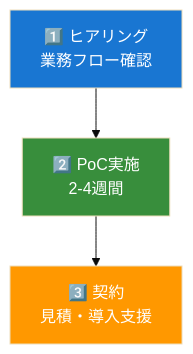
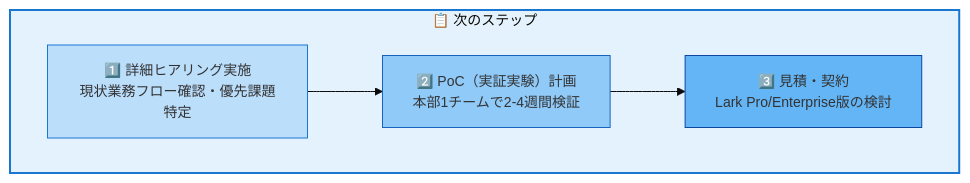
Before and after one commit to PLark-droid/lark-proposal: diagram 19 of 20 in docs/FITPLACE_LARK_PROPOSAL.md, drawn with Mermaid. The commit also changed other lines of this file, not shown here.

First line of the commit message:
docs: V1コンテンツベースにインフォグラフィック品質のMermaid図を適用

````diff
--- a/docs/FITPLACE_LARK_PROPOSAL.md
+++ b/docs/FITPLACE_LARK_PROPOSAL.md
@@ -502,13 +747,16 @@
 ```mermaid
-%%{init: {'theme': 'base', 'themeVariables': {'fontSize': '16px'}}}%%
+%%{init: {'theme': 'base', 'themeVariables': {'fontSize': '14px'}}}%%
 flowchart TB
-    A["1️⃣ ヒアリング<br/>業務フロー確認"]
-    B["2️⃣ PoC実施<br/>2-4週間"]
-    C["3️⃣ 契約<br/>見積・導入支援"]
+    subgraph actions["📋 次のステップ"]
+        A1["1️⃣ 詳細ヒアリング実施<br/>現状業務フロー確認・優先課題特定"]
+        A2["2️⃣ PoC（実証実験）計画<br/>本部1チームで2-4週間検証"]
+        A3["3️⃣ 見積・契約<br/>Lark Pro/Enterprise版の検討"]
+    end
 
-    A --> B --> C
+    A1 --> A2 --> A3
 
-    style A fill:#1976d2,color:#fff
-    style B fill:#388e3c,color:#fff
-    style C fill:#ff9800,color:#fff
+    style actions fill:#e3f2fd,stroke:#1976d2,stroke-width:2px
+    style A1 fill:#bbdefb,stroke:#1976d2
+    style A2 fill:#90caf9,stroke:#1565c0
+    style A3 fill:#64b5f6,stroke:#0d47a1
 ```
````
